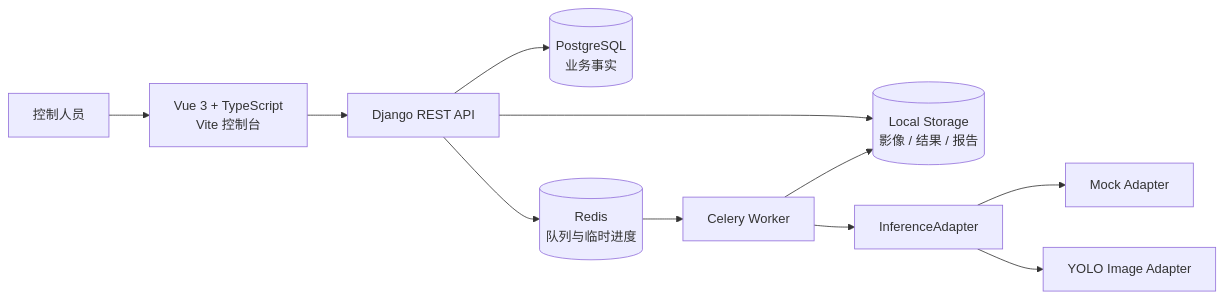
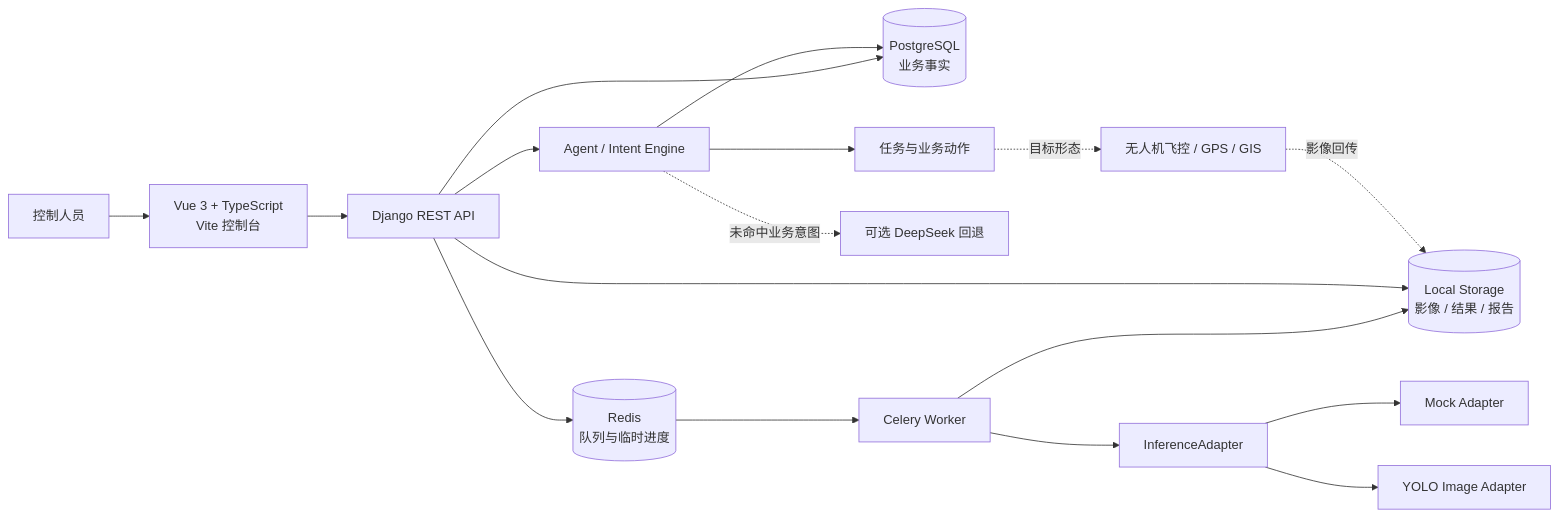
One commit to xinrun-Li/green-pioneer-solar-inspection changed the diagram in README.md. Above: the diagram before and after it, drawn with Mermaid. The commit also changed other lines of this file, not shown here.

Commit message:
docs: describe ideal agent-led inspection platform

````diff
--- a/README.md
+++ b/README.md
@@ -52,13 +114,19 @@
 ```mermaid
 flowchart LR
     U[控制人员] --> FE[Vue 3 + TypeScript<br/>Vite 控制台]
     FE --> API[Django REST API]
+    API --> AG[Agent / Intent Engine]
+    AG --> DB
+    AG --> TASK[任务与业务动作]
+    AG -. 未命中业务意图 .-> CLOUD[可选 DeepSeek 回退]
+    TASK -. 目标形态 .-> UAV[无人机飞控 / GPS / GIS]
+    UAV -. 影像回传 .-> FS
     API --> DB[(PostgreSQL<br/>业务事实)]
     API --> FS[(Local Storage<br/>影像 / 结果 / 报告)]
     API --> R[(Redis<br/>队列与临时进度)]
     R --> C[Celery Worker]
     C --> AD[InferenceAdapter]
     AD --> MOCK[Mock Adapter]
     AD --> YOLO[YOLO Image Adapter]
     C --> FS
 ```
````
